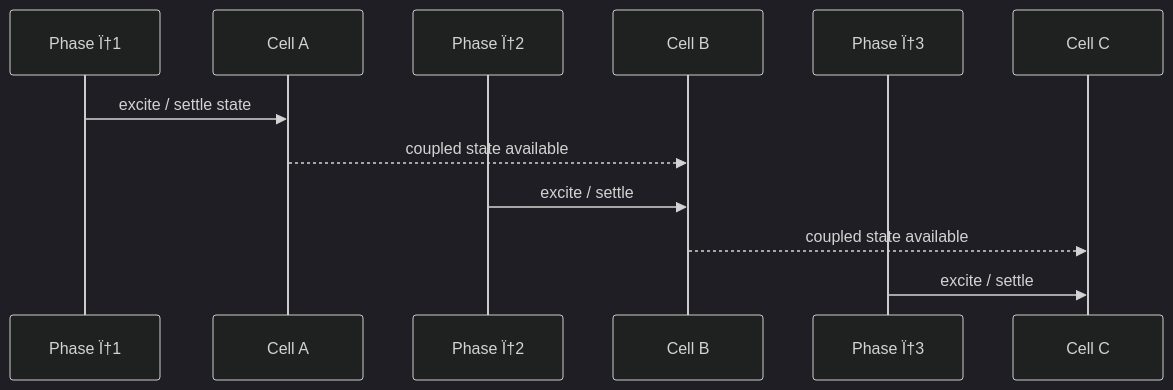
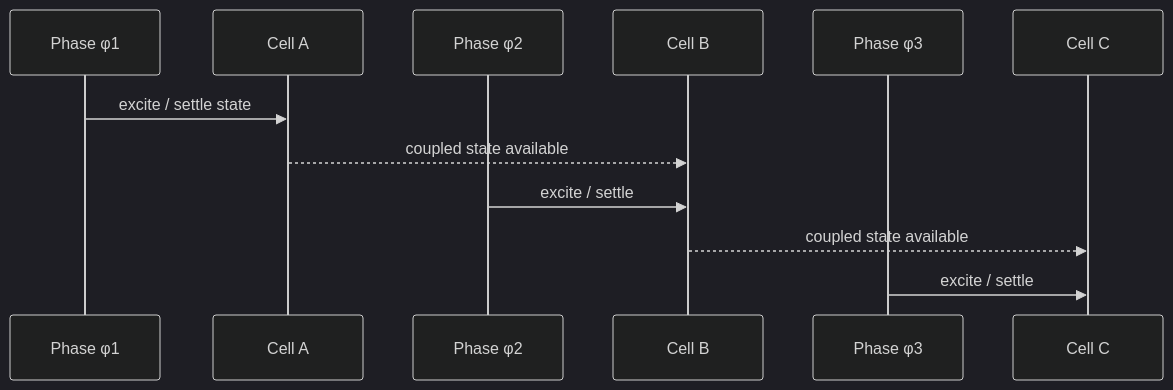
The second of 2 diagrams in docs/concepts/aqfp-logic.md (Single-Flux-Quantum/sfq-learn-public), drawn with Mermaid (dark theme) before and after one commit. The commit also changed other lines of this file and 39 other files, not shown here.

````diff
--- a/docs/concepts/aqfp-logic.md
+++ b/docs/concepts/aqfp-logic.md
@@ -74,14 +74,14 @@
 ```mermaid
 sequenceDiagram
-  participant P1 as Phase Ï†1
+  participant P1 as Phase φ1
   participant A as Cell A
-  participant P2 as Phase Ï†2
+  participant P2 as Phase φ2
   participant B as Cell B
-  participant P3 as Phase Ï†3
+  participant P3 as Phase φ3
   participant C as Cell C
   P1->>A: excite / settle state
   A-->>B: coupled state available
   P2->>B: excite / settle
   B-->>C: coupled state available
   P3->>C: excite / settle
 ```
````
